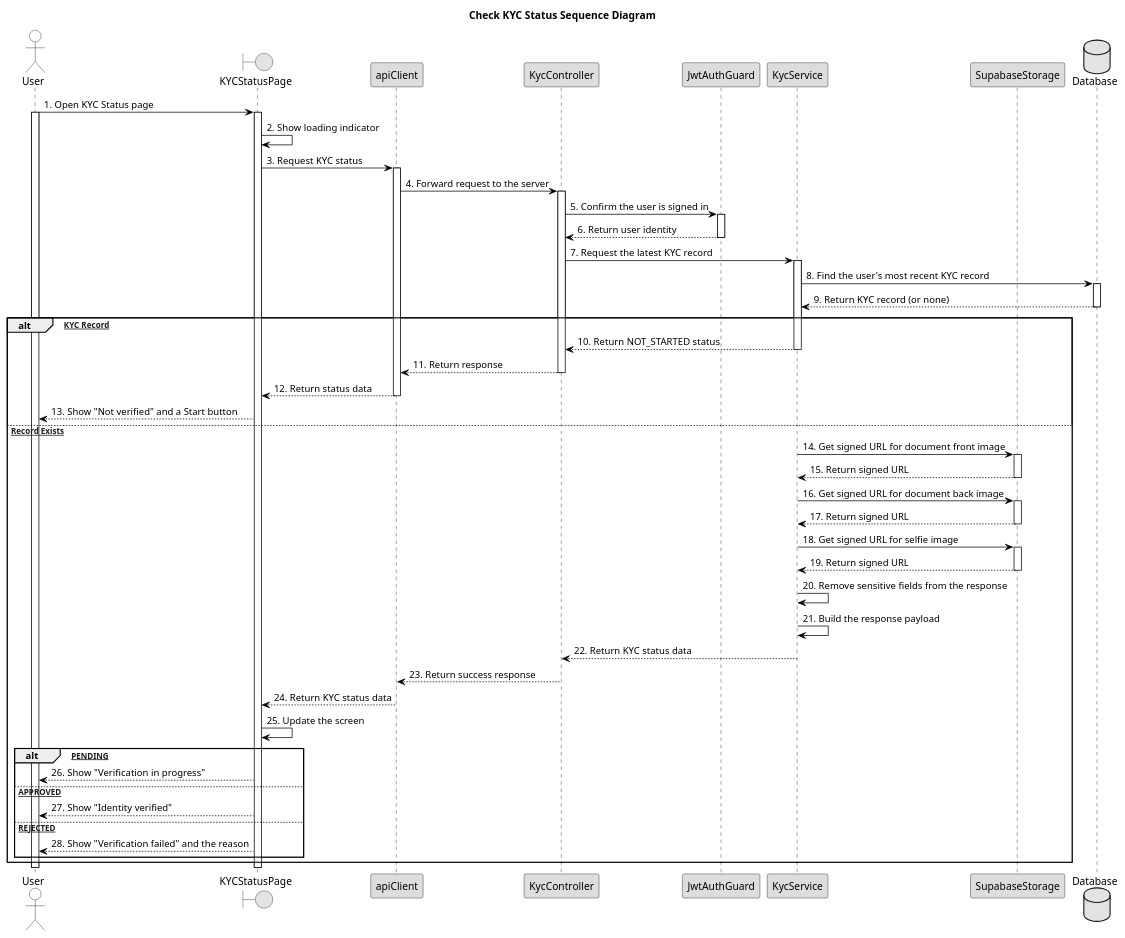
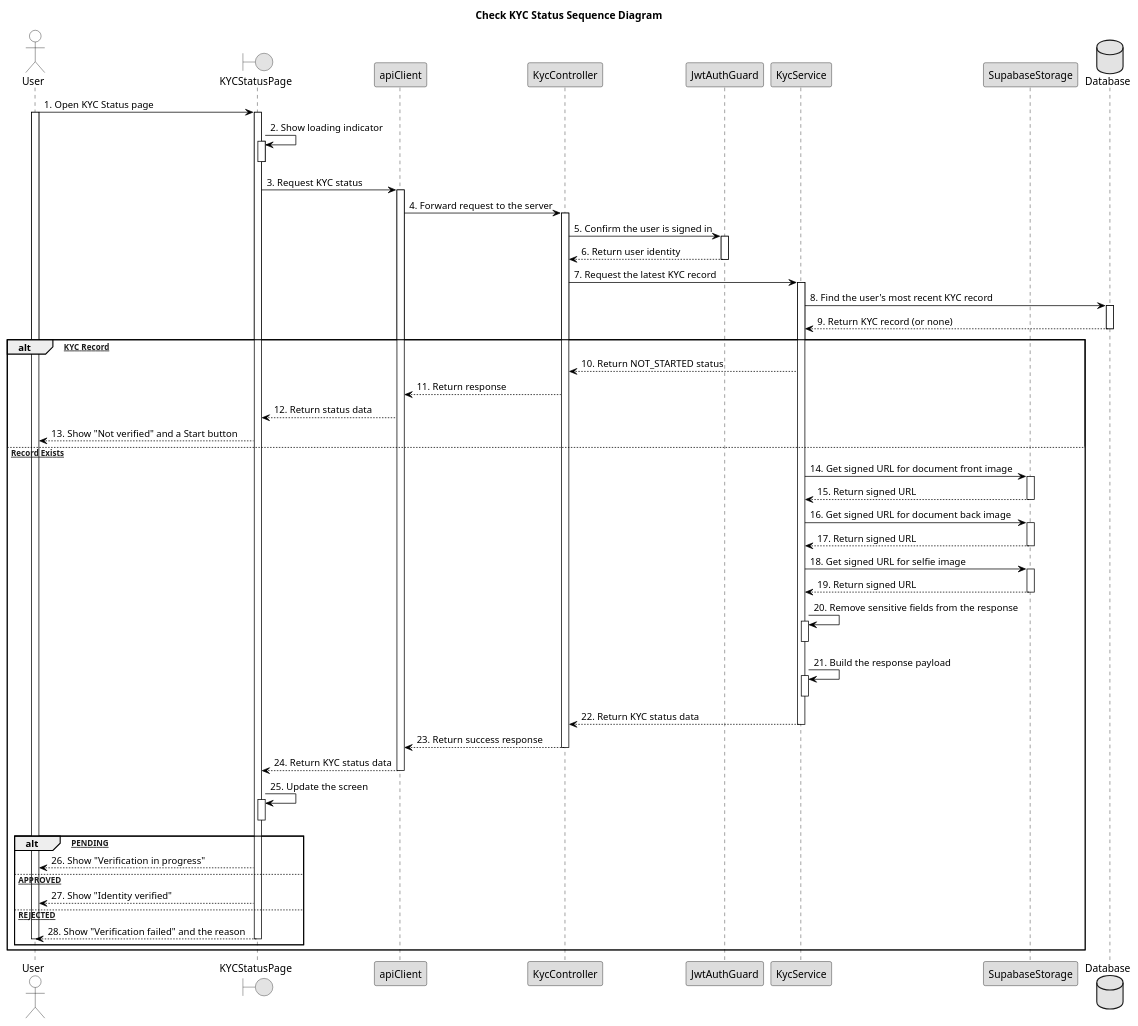
One commit to bangdcce/SEP492-Project changed the diagram in diagram/check_kyc_status_sequence_diagram.puml. Above: the diagram before and after it, drawn with PlantUML. The commit also changed 16 other files, not shown here.

```diff
--- a/diagram/check_kyc_status_sequence_diagram.puml
+++ b/diagram/check_kyc_status_sequence_diagram.puml
@@ -1,114 +1,119 @@
 @startuml Check_KYC_Status_Sequence_Diagram
 
 skinparam monochrome true
 skinparam defaultFontColor Black
 skinparam shadowing false
 
 skinparam sequence {
     ArrowColor Black
     LifeLineBorderColor Black
     LifeLineBackgroundColor White
     ParticipantBorderColor Black
     ParticipantBackgroundColor #DDDDDD
     ParticipantFontColor Black
     ActorBorderColor Black
     ActorBackgroundColor White
     ActorFontColor Black
     GroupHeaderFontColor Black
     GroupHeaderBackgroundColor White
     GroupBodyBackgroundColor White
     GroupBorderColor Black
 }
 
 title Check KYC Status Sequence Diagram
 
 actor User
 boundary "KYCStatusPage" as Page
 participant "apiClient" as API
 participant "KycController" as Controller
 participant "JwtAuthGuard" as JWTGuard
 participant "KycService" as Service
 participant "SupabaseStorage" as Storage
 database "Database" as DB
 
 User -> Page : 1. Open KYC Status page
 activate User
 activate Page
 
 Page -> Page : 2. Show loading indicator
-
+activate Page
+deactivate Page
 Page -> API : 3. Request KYC status
 activate API
 
 API -> Controller : 4. Forward request to the server
 activate Controller
 
 Controller -> JWTGuard : 5. Confirm the user is signed in
 activate JWTGuard
 JWTGuard --> Controller : 6. Return user identity
 deactivate JWTGuard
 
 Controller -> Service : 7. Request the latest KYC record
 activate Service
 
 Service -> DB : 8. Find the user's most recent KYC record
 activate DB
 DB --> Service : 9. Return KYC record (or none)
 deactivate DB
 
 alt [No KYC Record]
     Service --> Controller : 10. Return NOT_STARTED status
-    deactivate Service
+   
 
     Controller --> API : 11. Return response
-    deactivate Controller
+    
 
     API --> Page : 12. Return status data
-    deactivate API
+
 
     Page --> User : 13. Show "Not verified" and a Start button
 
 else [KYC Record Exists]
     Service -> Storage : 14. Get signed URL for document front image
     activate Storage
     Storage --> Service : 15. Return signed URL
     deactivate Storage
 
     Service -> Storage : 16. Get signed URL for document back image
     activate Storage
     Storage --> Service : 17. Return signed URL
     deactivate Storage
 
     Service -> Storage : 18. Get signed URL for selfie image
     activate Storage
     Storage --> Service : 19. Return signed URL
     deactivate Storage
 
     Service -> Service : 20. Remove sensitive fields from the response
-
+activate Service
+deactivate Service
     Service -> Service : 21. Build the response payload
-
+activate Service
+deactivate Service
     Service --> Controller : 22. Return KYC status data
     deactivate Service
 
     Controller --> API : 23. Return success response
     deactivate Controller
 
     API --> Page : 24. Return KYC status data
     deactivate API
 
     Page -> Page : 25. Update the screen
-
+activate Page
+deactivate Page
     alt [Status: PENDING]
         Page --> User : 26. Show "Verification in progress"
     else [Status: APPROVED]
         Page --> User : 27. Show "Identity verified"
     else [Status: REJECTED]
         Page --> User : 28. Show "Verification failed" and the reason
+deactivate Page
+deactivate User
     end
 end
 
-deactivate Page
-deactivate User
+
 
 @enduml
```
